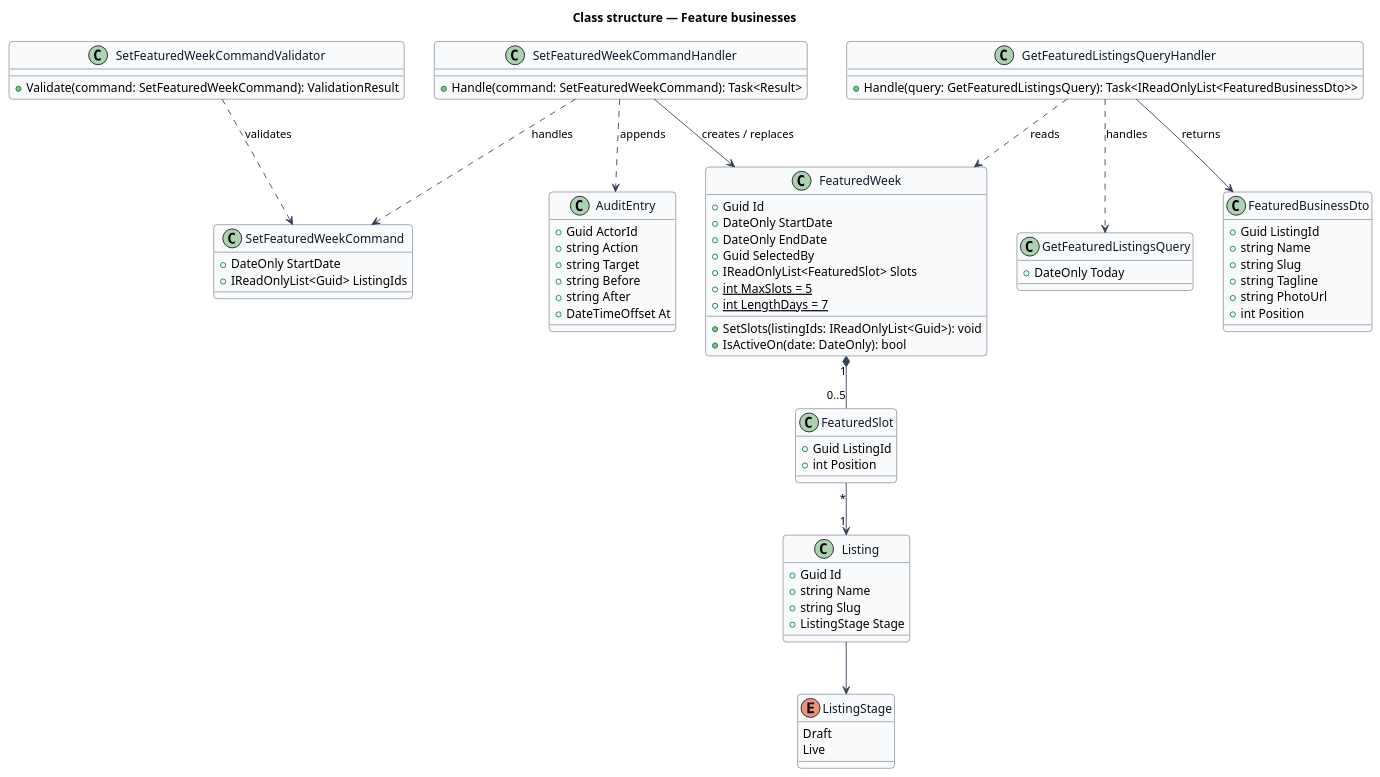
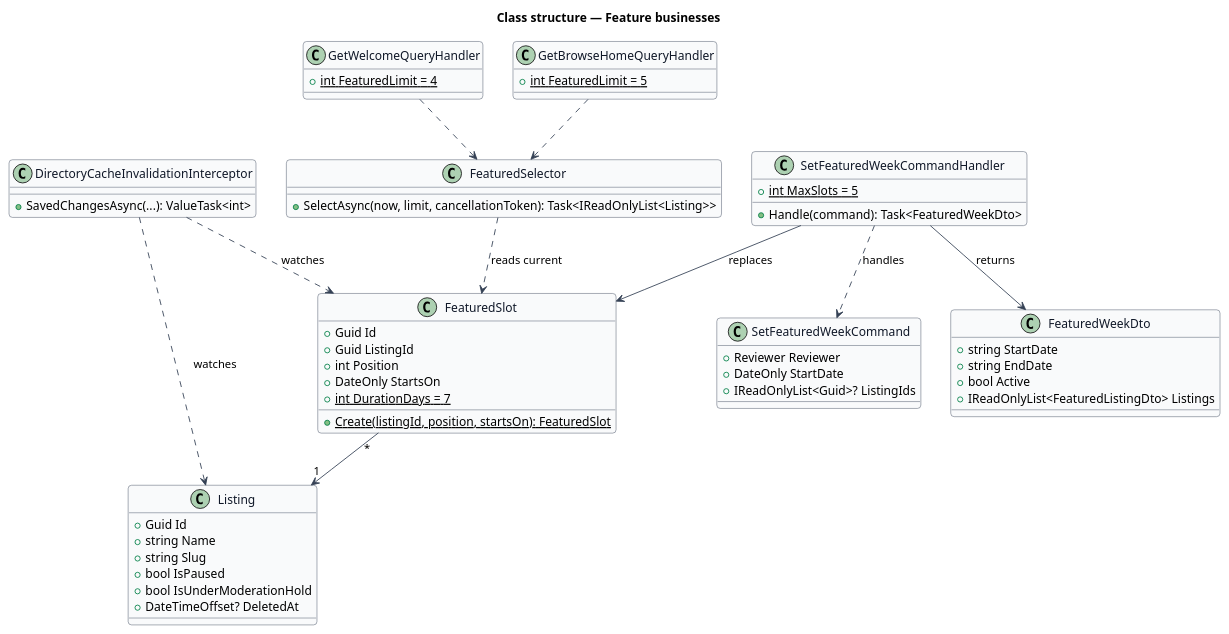
Before and after one commit to QuinntyneBrown/jubilee: the diagram in docs/detailed-designs/moderation/feature-businesses/diagrams/class-structure.puml, drawn with PlantUML. The commit also changed 27 other files, not shown here.

```diff
--- a/docs/detailed-designs/moderation/feature-businesses/diagrams/class-structure.puml
+++ b/docs/detailed-designs/moderation/feature-businesses/diagrams/class-structure.puml
@@ -1,81 +1,66 @@
 @startuml
 skinparam backgroundColor #FFFFFF
 skinparam shadowing false
 skinparam roundcorner 8
 skinparam defaultFontName Arial
 skinparam ArrowColor #344054
 skinparam class {
   BorderColor #344054
   FontColor #101828
   BackgroundColor #F9FAFB
 }
 title Class structure — Feature businesses
-enum ListingStage {
-  Draft
-  Live
-}
-class FeaturedWeek {
+class FeaturedSlot {
   +Guid Id
-  +DateOnly StartDate
-  +DateOnly EndDate
-  +Guid SelectedBy
-  +IReadOnlyList<FeaturedSlot> Slots
-  +{static} int MaxSlots = 5
-  +{static} int LengthDays = 7
-  +SetSlots(listingIds: IReadOnlyList<Guid>): void
-  +IsActiveOn(date: DateOnly): bool
-}
-class FeaturedSlot {
   +Guid ListingId
   +int Position
+  +DateOnly StartsOn
+  +{static} int DurationDays = 7
+  +{static} Create(listingId, position, startsOn): FeaturedSlot
 }
 class Listing {
   +Guid Id
   +string Name
   +string Slug
-  +ListingStage Stage
+  +bool IsPaused
+  +bool IsUnderModerationHold
+  +DateTimeOffset? DeletedAt
 }
 class SetFeaturedWeekCommand {
+  +Reviewer Reviewer
   +DateOnly StartDate
-  +IReadOnlyList<Guid> ListingIds
-}
-class SetFeaturedWeekCommandValidator {
-  +Validate(command: SetFeaturedWeekCommand): ValidationResult
+  +IReadOnlyList<Guid>? ListingIds
 }
 class SetFeaturedWeekCommandHandler {
-  +Handle(command: SetFeaturedWeekCommand): Task<Result>
+  +{static} int MaxSlots = 5
+  +Handle(command): Task<FeaturedWeekDto>
 }
-class GetFeaturedListingsQuery {
-  +DateOnly Today
+class FeaturedSelector {
+  +SelectAsync(now, limit, cancellationToken): Task<IReadOnlyList<Listing>>
 }
-class GetFeaturedListingsQueryHandler {
-  +Handle(query: GetFeaturedListingsQuery): Task<IReadOnlyList<FeaturedBusinessDto>>
+class GetWelcomeQueryHandler {
+  +{static} int FeaturedLimit = 4
 }
-class FeaturedBusinessDto {
-  +Guid ListingId
-  +string Name
-  +string Slug
-  +string Tagline
-  +string PhotoUrl
-  +int Position
+class GetBrowseHomeQueryHandler {
+  +{static} int FeaturedLimit = 5
 }
-class AuditEntry {
-  +Guid ActorId
-  +string Action
-  +string Target
-  +string Before
-  +string After
-  +DateTimeOffset At
+class FeaturedWeekDto {
+  +string StartDate
+  +string EndDate
+  +bool Active
+  +IReadOnlyList<FeaturedListingDto> Listings
+}
+class DirectoryCacheInvalidationInterceptor {
+  +SavedChangesAsync(...): ValueTask<int>
 }
 
 SetFeaturedWeekCommandHandler ..> SetFeaturedWeekCommand : handles
-SetFeaturedWeekCommandValidator ..> SetFeaturedWeekCommand : validates
-SetFeaturedWeekCommandHandler --> FeaturedWeek : creates / replaces
-SetFeaturedWeekCommandHandler ..> AuditEntry : appends
-GetFeaturedListingsQueryHandler ..> GetFeaturedListingsQuery : handles
-GetFeaturedListingsQueryHandler --> FeaturedBusinessDto : returns
-GetFeaturedListingsQueryHandler ..> FeaturedWeek : reads
-FeaturedWeek "1" *-- "0..5" FeaturedSlot
+SetFeaturedWeekCommandHandler --> FeaturedSlot : replaces
+SetFeaturedWeekCommandHandler --> FeaturedWeekDto : returns
 FeaturedSlot "*" --> "1" Listing
-Listing --> ListingStage
+GetWelcomeQueryHandler ..> FeaturedSelector
+GetBrowseHomeQueryHandler ..> FeaturedSelector
+FeaturedSelector ..> FeaturedSlot : reads current
+DirectoryCacheInvalidationInterceptor ..> FeaturedSlot : watches
+DirectoryCacheInvalidationInterceptor ..> Listing : watches
 @enduml
```
